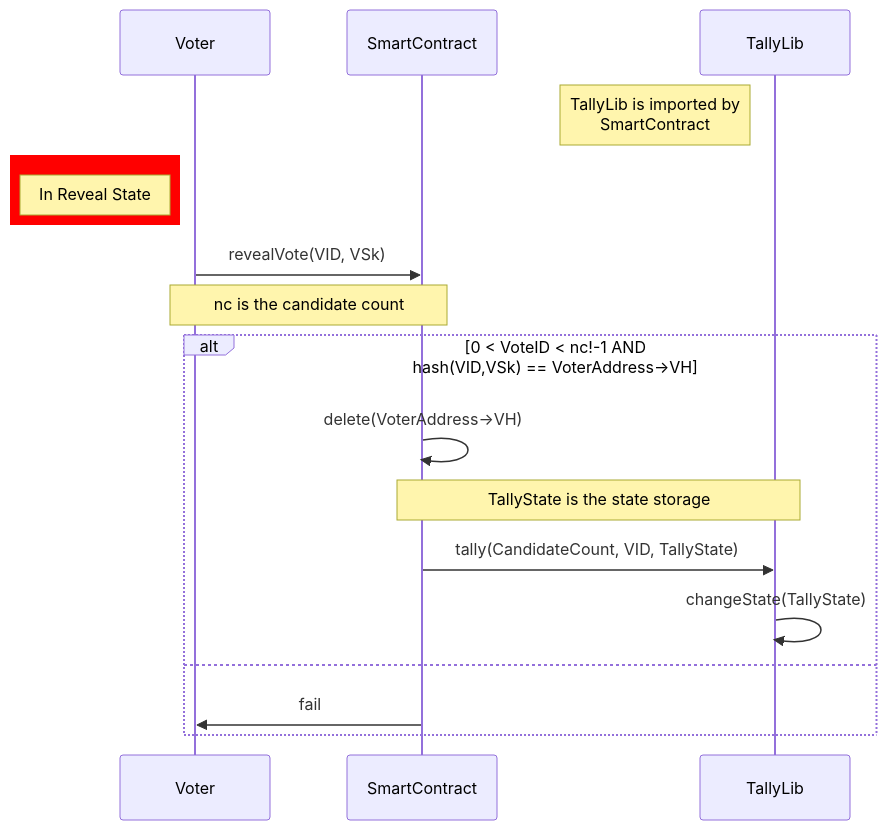
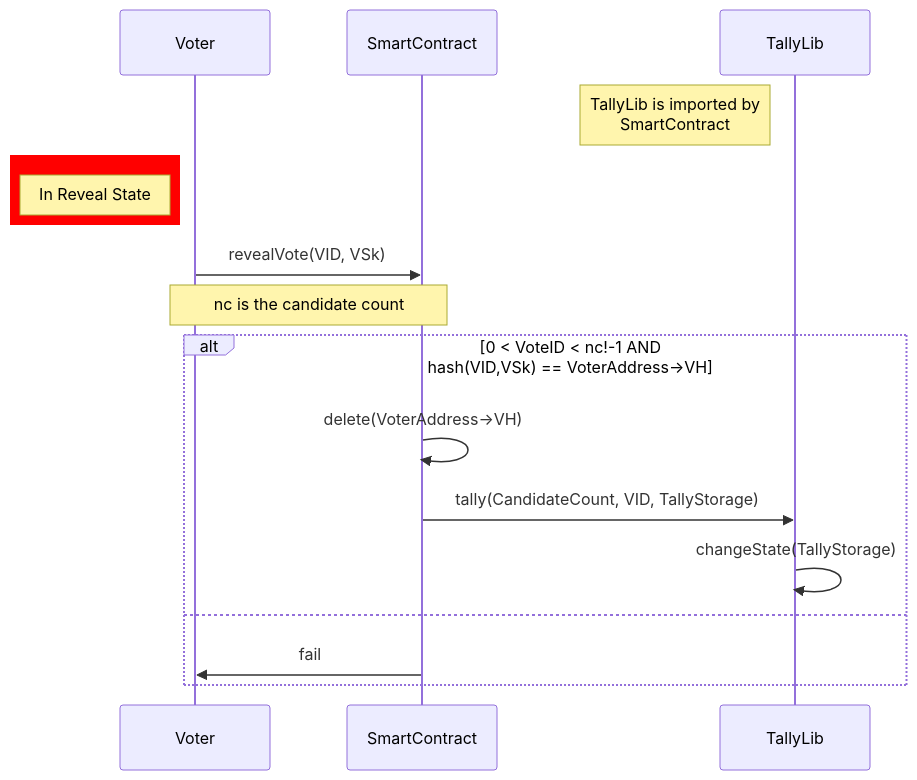
Before and after one commit to ceyonur/electanon: the diagram in docs/flows/basic/reveal-vote.mmd, drawn with Mermaid. The commit also changed 3 other files, not shown here.

```diff
--- a/docs/flows/basic/reveal-vote.mmd
+++ b/docs/flows/basic/reveal-vote.mmd
@@ -1,19 +1,18 @@
 sequenceDiagram
 participant Voter
 participant SC as SmartContract
 participant TallyLib
 note left of TallyLib: TallyLib is imported by <br> SmartContract
 rect rgb(255, 0, 0)
 note left of Voter: In Reveal State
 end
 Voter->>SC: revealVote(VID, VSk)
 Note over Voter, SC: nc is the candidate count
 alt 0 < VoteID < nc!-1 AND <br> hash(VID,VSk) == VoterAddress->VH
 SC->>SC: delete(VoterAddress->VH)
 
-Note over SC, TallyLib: TallyState is the state storage
-SC->>TallyLib: tally(CandidateCount, VID, TallyState)
-TallyLib ->> TallyLib: changeState(TallyState)
+SC->>TallyLib: tally(CandidateCount, VID, TallyStorage)
+TallyLib ->> TallyLib: changeState(TallyStorage)
 else
 SC->>Voter: fail
 end
```
